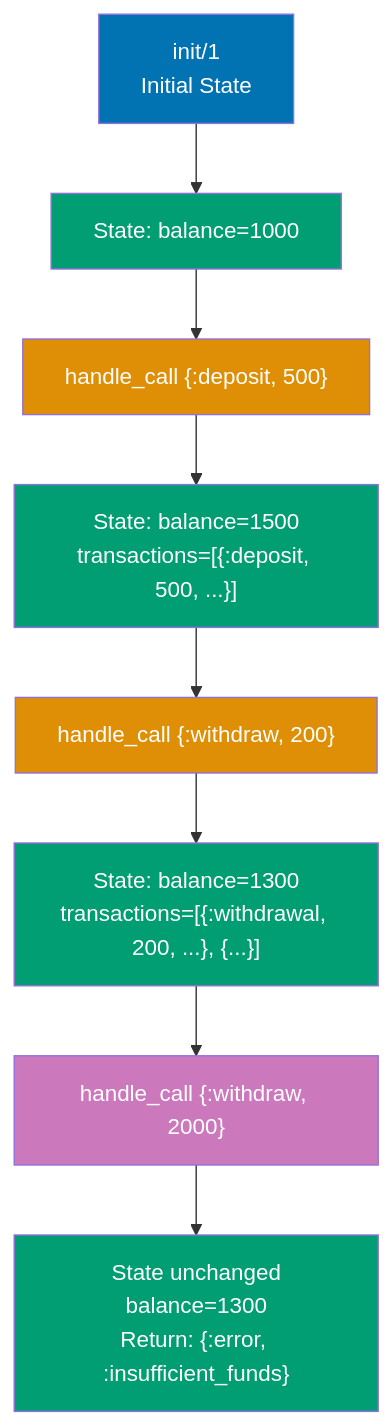
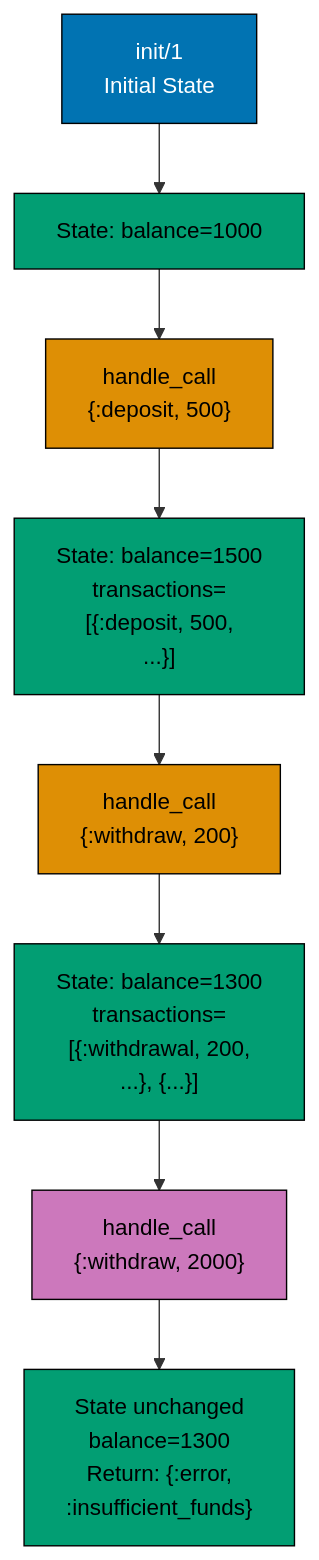
Before and after one commit to wahidyankf/ose-public: the second of 24 diagrams in apps/ayokoding-www/content/en/learn/legacy/software-engineering/programming-languages/elixir/by-example/advanced.md, drawn with Mermaid. The commit also changed other lines of this file and 112 other files, not shown here.

First line of the commit message:
fix(mermaid): bring the legacy programming-languages diagrams onto the accessible palette

````diff
--- a/apps/ayokoding-www/content/en/learn/legacy/software-engineering/programming-languages/elixir/by-example/advanced.md
+++ b/apps/ayokoding-www/content/en/learn/legacy/software-engineering/programming-languages/elixir/by-example/advanced.md
@@ -215,23 +223,30 @@
 ```mermaid
 %% Color Palette: Blue #0173B2, Orange #DE8F05, Teal #029E73, Purple #CC78BC, Brown #CA9161
 graph TD
+    accTitle: Example 62: GenServer State Management
+    accDescr: Graph with 8 nodes and 7 connections. Nodes: init/1 Initial State, State: balance=1000, handle_call :deposit, 500, State: balance=1500 transactions=[:deposit, 500, ...], handle_call :withdraw, 200, State: balance=1300 transactions=[:withdrawal, 200, ..., ...], handle_call :withdraw, 2000, State unchanged balance=1300 Return: :error, :insufficient_funds. Connections: init/1 Initial State to State: balance=1000, State: balance=1000 to handle_call :deposit, 500, handle_call :deposit, 500 to State: balance=1500 transactions=[:deposit, 500, ...], State: balance=1500 transactions=[:deposit, 500, ...] to handle_call :withdraw, 200, handle_call :withdraw, 200 to State: balance=1300 transactions=[:withdrawal, 200, ..., ...], State: balance=1300 transactions=[:withdrawal, 200, ..., ...] to handle_call :withdraw, 2000, handle_call :withdraw, 2000 to State unchanged balance=1300 Return: :error, :insufficient_funds.
     Init["init/1<br/>Initial State"] --> State1["State: balance=1000"]
 
-    State1 --> Deposit["handle_call {:deposit, 500}"]
-    Deposit --> State2["State: balance=1500<br/>transactions=[{:deposit, 500, ...}]"]
+    State1 --> Deposit["handle_call<br/>{:deposit, 500}"]
+    Deposit --> State2["State: balance=1500<br/>transactions=<br/>[{:deposit, 500,<br/>...}]"]
 
-    State2 --> Withdraw["handle_call {:withdraw, 200}"]
-    Withdraw --> State3["State: balance=1300<br/>transactions=[{:withdrawal, 200, ...}, {...}]"]
+    State2 --> Withdraw["handle_call<br/>{:withdraw, 200}"]
+    Withdraw --> State3["State: balance=1300<br/>transactions=<br/>[{:withdrawal, 200,<br/>...}, {...}]"]
 
-    State3 --> InvalidWithdraw["handle_call {:withdraw, 2000}"]
-    InvalidWithdraw --> State3b["State unchanged<br/>balance=1300<br/>Return: {:error, :insufficient_funds}"]
+    State3 --> InvalidWithdraw["handle_call<br/>{:withdraw, 2000}"]
+    InvalidWithdraw --> State3b["State unchanged<br/>balance=1300<br/>Return: {:error,<br/>:insufficient_funds}"]
 
-    style Init fill:#0173B2,color:#fff
-    style State1 fill:#029E73,color:#fff
-    style State2 fill:#029E73,color:#fff
-    style State3 fill:#029E73,color:#fff
-    style State3b fill:#029E73,color:#fff
-    style Deposit fill:#DE8F05,color:#fff
-    style Withdraw fill:#DE8F05,color:#fff
-    style InvalidWithdraw fill:#CC78BC,color:#fff
+    classDef pal-0173B2 fill:#0173B2,stroke:#000000,color:#FFFFFF
+    class Init pal-0173B2
+    classDef pal-029E73 fill:#029E73,stroke:#000000,color:#000000
+    class State1 pal-029E73
+    class State2 pal-029E73
+    class State3 pal-029E73
+    class State3b pal-029E73
+    classDef pal-DE8F05 fill:#DE8F05,stroke:#000000,color:#000000
+    class Deposit pal-DE8F05
+    class Withdraw pal-DE8F05
+    classDef pal-CC78BC fill:#CC78BC,stroke:#000000,color:#000000
+    class InvalidWithdraw pal-CC78BC
+    classDef default fill:#FFFFFF,stroke:#000000,color:#000000
 ```
````
